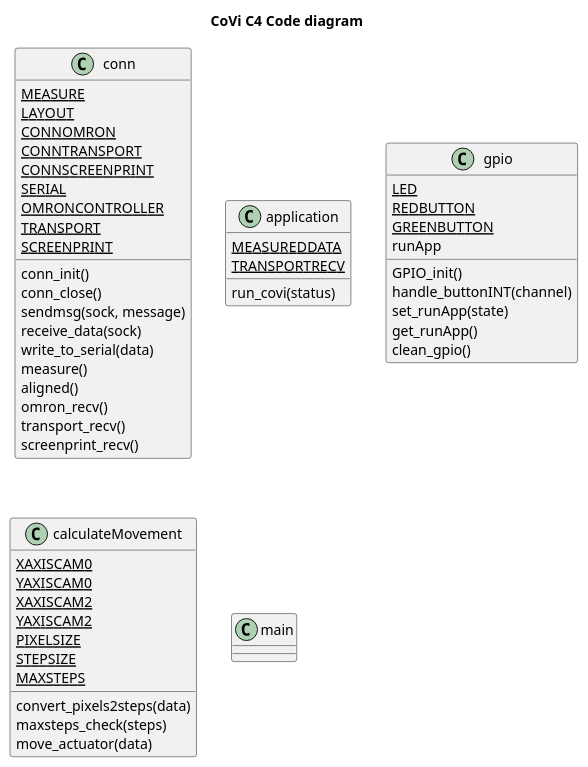
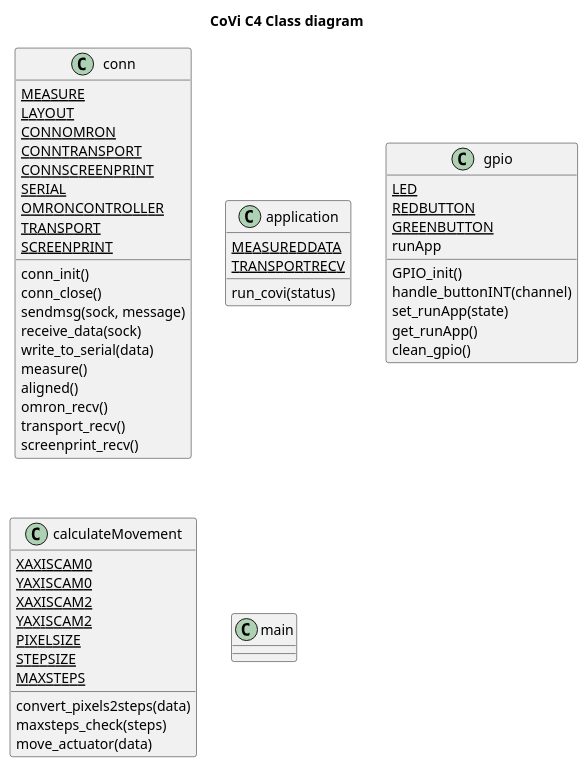
Before and after one commit to ricardosnabel/AWL-SPA: the diagram in C4 Model/CoViC4CodeClasses.puml, drawn with PlantUML. The commit also changed 12 other files, not shown here.

Commit message:
Added titles to the diagrams

```diff
--- a/C4 Model/CoViC4CodeClasses.puml
+++ b/C4 Model/CoViC4CodeClasses.puml
@@ -1,68 +1,68 @@
 @startuml CoViCode
 !include https://raw.githubusercontent.com/plantuml-stdlib/C4-PlantUML/master/C4.puml
 
-title CoVi C4 Code diagram
+title CoVi C4 Class diagram
 
 class conn {
     {static} MEASURE
     {static} LAYOUT
     {static} CONNOMRON
     {static} CONNTRANSPORT
     {static} CONNSCREENPRINT
     {static} SERIAL
     {static} OMRONCONTROLLER
     {static} TRANSPORT
     {static} SCREENPRINT
 
     conn_init()
     conn_close()
     sendmsg(sock, message)
     receive_data(sock)
     write_to_serial(data)
     measure()
     aligned()
     omron_recv()
     transport_recv()
     screenprint_recv()
 }
 
 class application {
     {static} MEASUREDDATA
     {static} TRANSPORTRECV
 
     run_covi(status)
 }
 
 class gpio {
     {static} LED
     {static} REDBUTTON
     {static} GREENBUTTON
     runApp
 
     GPIO_init()
     handle_buttonINT(channel)
     set_runApp(state)
     get_runApp()
     clean_gpio()
 }
 
 class calculateMovement {
     {static} XAXISCAM0
     {static} YAXISCAM0
     {static} XAXISCAM2
     {static} YAXISCAM2
     {static} PIXELSIZE
     {static} STEPSIZE
     {static} MAXSTEPS
 
     convert_pixels2steps(data)
     maxsteps_check(steps)
     move_actuator(data)
 }
 
 class main
 
 
 
 
 @enduml
```
